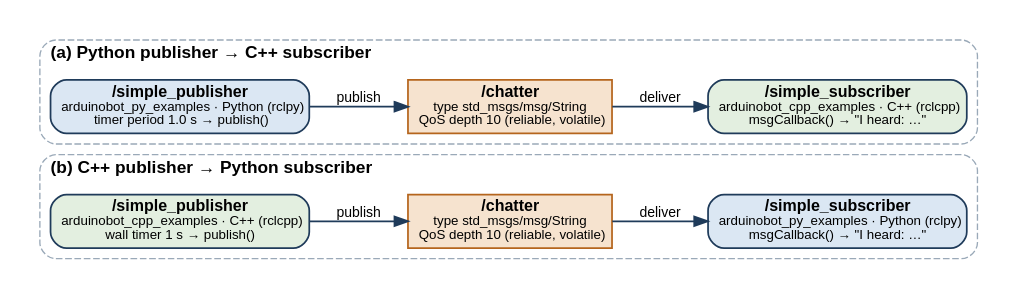
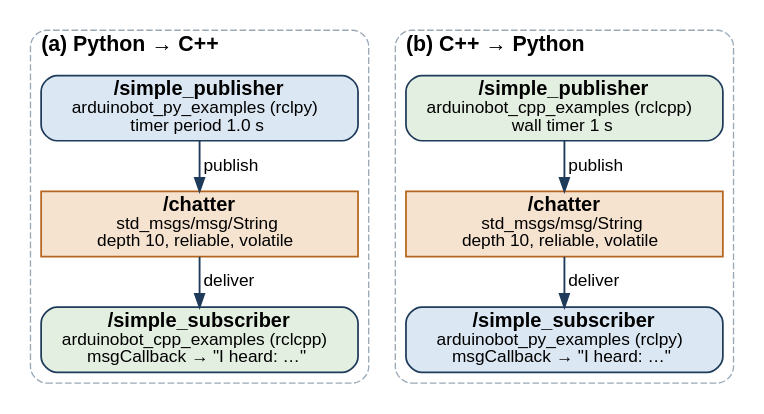
Before and after one commit to blertahajdiniazemi/tower: the diagram in ros2_manipulator_assignment/report/figures/src/fig02_pubsub.dot, drawn with Graphviz. The commit also changed 29 other files, not shown here.

```diff
--- a/ros2_manipulator_assignment/report/figures/src/fig02_pubsub.dot
+++ b/ros2_manipulator_assignment/report/figures/src/fig02_pubsub.dot
@@ -1,23 +1,23 @@
 // Figure: publisher -> topic -> subscriber, both cross-language combinations
 // Names are those of the delivered code (arduinobot_ws/src). Conceptual diagram, not a trace.
 digraph pubsub {
-  graph [rankdir=LR, fontname="Liberation Sans", fontsize=13, nodesep=0.35, ranksep=0.55, pad=0.2, newrank=true];
-  node  [fontname="Liberation Sans", fontsize=12, style="rounded,filled", shape=box, color="#1f3b5a", penwidth=1.3];
-  edge  [fontname="Liberation Sans", fontsize=10.5, color="#1f3b5a", penwidth=1.4];
+  graph [rankdir=TB, fontname="Liberation Sans", fontsize=16, nodesep=0.5, ranksep=0.32, pad=0.1, newrank=true];
+  node  [fontname="Liberation Sans", fontsize=15, style="rounded,filled", shape=box, color="#1f3b5a", penwidth=1.3, width=3.3];
+  edge  [fontname="Liberation Sans", fontsize=13, color="#1f3b5a", penwidth=1.4];
 
+  subgraph cluster_a {
+    label=<<b>(a) Python → C++</b>>; labeljust=l; color="#9aa9b8"; style="rounded,dashed";
+    pa [fillcolor="#dbe7f3", label=<<b>/simple_publisher</b><br/><font point-size="13">arduinobot_py_examples (rclpy)<br/>timer period 1.0 s</font>>];
+    ta [style="filled", fillcolor="#f6e3cf", color="#b5651d", label=<<b>/chatter</b><br/><font point-size="13">std_msgs/msg/String<br/>depth 10, reliable, volatile</font>>];
+    sa [fillcolor="#e3efe0", label=<<b>/simple_subscriber</b><br/><font point-size="13">arduinobot_cpp_examples (rclcpp)<br/>msgCallback → "I heard: …"</font>>];
+    pa -> ta [label=" publish"]; ta -> sa [label=" deliver"];
+  }
   subgraph cluster_b {
-    label=<<b>(b) C++ publisher → Python subscriber</b>>; labeljust=l; color="#9aa9b8"; style="rounded,dashed";
-    pb [fillcolor="#e3efe0", label=<<b>/simple_publisher</b><br/><font point-size="10">arduinobot_cpp_examples · C++ (rclcpp)<br/>wall timer 1 s → publish()</font>>];
-    tb [shape=box, style="filled", fillcolor="#f6e3cf", color="#b5651d", label=<<b>/chatter</b><br/><font point-size="10">type std_msgs/msg/String<br/>QoS depth 10 (reliable, volatile)</font>>];
-    sb [fillcolor="#dbe7f3", label=<<b>/simple_subscriber</b><br/><font point-size="10">arduinobot_py_examples · Python (rclpy)<br/>msgCallback() → "I heard: …"</font>>];
-    pb -> tb [label="publish"]; tb -> sb [label="deliver"];
-  }
-  subgraph cluster_a {
-    label=<<b>(a) Python publisher → C++ subscriber</b>>; labeljust=l; color="#9aa9b8"; style="rounded,dashed";
-    pa [fillcolor="#dbe7f3", label=<<b>/simple_publisher</b><br/><font point-size="10">arduinobot_py_examples · Python (rclpy)<br/>timer period 1.0 s → publish()</font>>];
-    ta [shape=box, style="filled", fillcolor="#f6e3cf", color="#b5651d", label=<<b>/chatter</b><br/><font point-size="10">type std_msgs/msg/String<br/>QoS depth 10 (reliable, volatile)</font>>];
-    sa [fillcolor="#e3efe0", label=<<b>/simple_subscriber</b><br/><font point-size="10">arduinobot_cpp_examples · C++ (rclcpp)<br/>msgCallback() → "I heard: …"</font>>];
-    pa -> ta [label="publish"]; ta -> sa [label="deliver"];
+    label=<<b>(b) C++ → Python</b>>; labeljust=l; color="#9aa9b8"; style="rounded,dashed";
+    pb [fillcolor="#e3efe0", label=<<b>/simple_publisher</b><br/><font point-size="13">arduinobot_cpp_examples (rclcpp)<br/>wall timer 1 s</font>>];
+    tb [style="filled", fillcolor="#f6e3cf", color="#b5651d", label=<<b>/chatter</b><br/><font point-size="13">std_msgs/msg/String<br/>depth 10, reliable, volatile</font>>];
+    sb [fillcolor="#dbe7f3", label=<<b>/simple_subscriber</b><br/><font point-size="13">arduinobot_py_examples (rclpy)<br/>msgCallback → "I heard: …"</font>>];
+    pb -> tb [label=" publish"]; tb -> sb [label=" deliver"];
   }
   {rank=same; pa; pb}
 }
```
